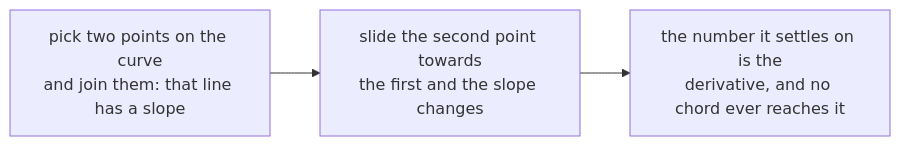
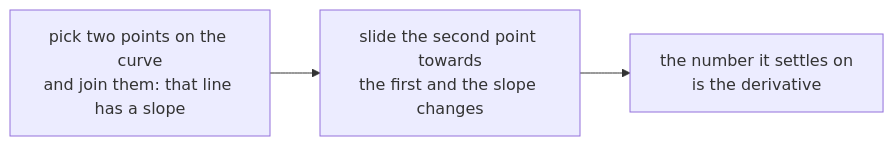
Before and after one commit to konradcinkusz/math-for-ai-engineers: the diagram in figures/mermaid/en/f11-chord-to-tangent.mmd, drawn with Mermaid. The commit also changed 26 other files, not shown here.

```diff
--- a/figures/mermaid/en/f11-chord-to-tangent.mmd
+++ b/figures/mermaid/en/f11-chord-to-tangent.mmd
@@ -1,4 +1,4 @@
 flowchart LR
   A["pick two points on the curve<br/>and join them: that line has a slope"]
   A --> B["slide the second point towards<br/>the first and the slope changes"]
-  B --> C["the number it settles on is the<br/>derivative, and no chord ever reaches it"]
+  B --> C["the number it settles on<br/>is the derivative"]
```
